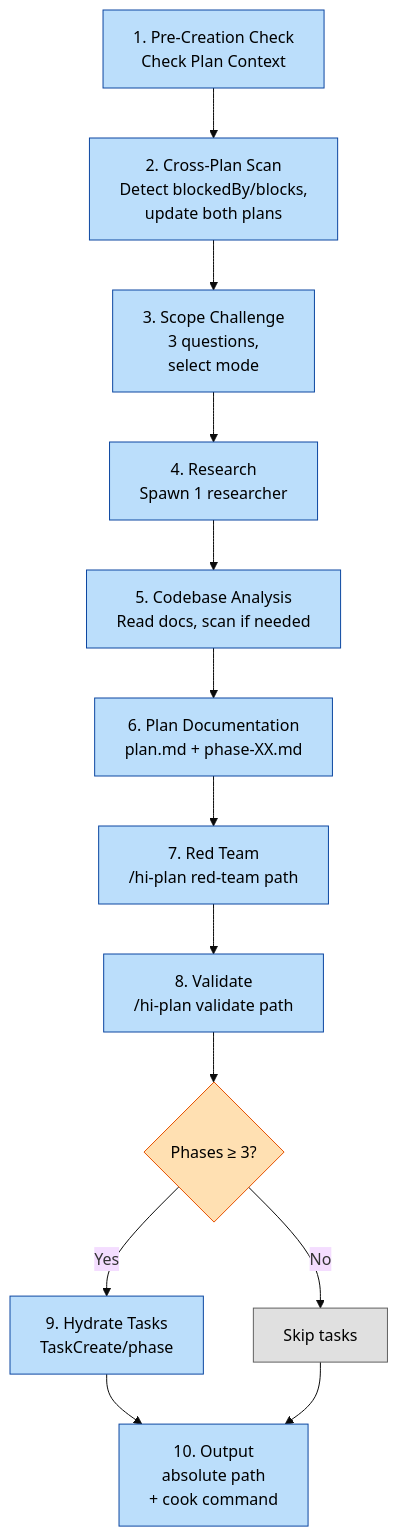
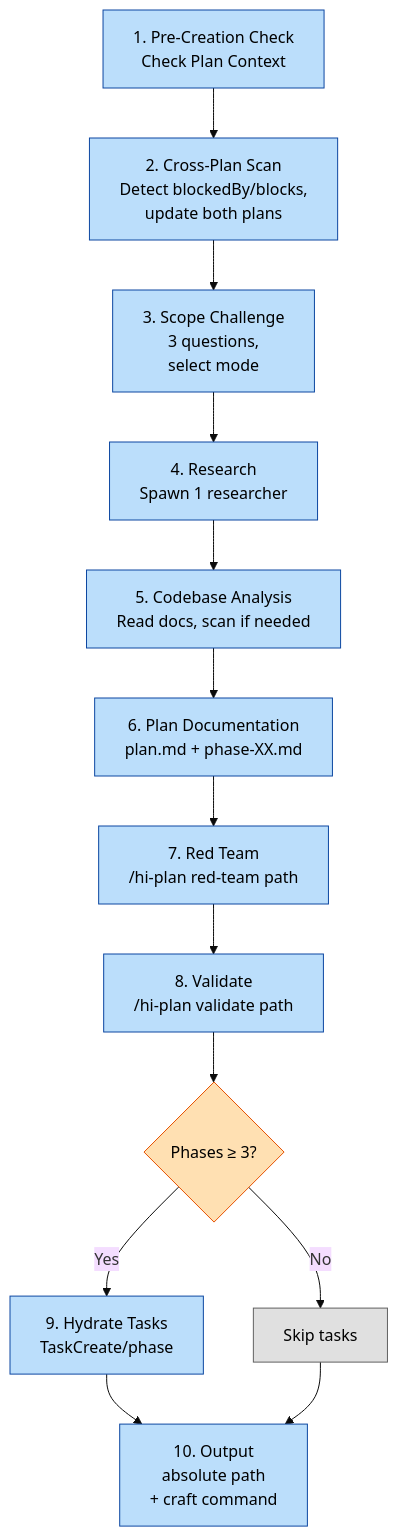
The fifth of 7 diagrams in devkit.md (baka3k/dev-kit), drawn with Mermaid (base theme) before and after one commit. The commit also changed other lines of this file and 8 other files, not shown here.

Commit message:
Rename `hi-cook` to `hi-craft` across documentation and codebase; update related workflows and remove deprecated files.

````diff
--- a/devkit.md
+++ b/devkit.md
@@ -135,23 +135,23 @@
 ```mermaid
 graph TD
     A[1. Pre-Creation Check<br/>Check Plan Context] --> B[2. Cross-Plan Scan<br/>Detect blockedBy/blocks,<br/>update both plans]
     B --> C[3. Scope Challenge<br/>3 questions,<br/>select mode]
     C --> D[4. Research<br/>Spawn 1 researcher]
     D --> E[5. Codebase Analysis<br/>Read docs, scan if needed]
     E --> F[6. Plan Documentation<br/>plan.md + phase-XX.md]
     F --> G[7. Red Team<br/>/hi-plan red-team path]
     G --> H[8. Validate<br/>/hi-plan validate path]
     H --> I{Phases ≥ 3?}
     I -->|Yes| J[9. Hydrate Tasks<br/>TaskCreate/phase]
     I -->|No| K[Skip tasks]
-    J --> L[10. Output<br/>absolute path<br/>+ cook command]
+    J --> L[10. Output<br/>absolute path<br/>+ craft command]
     K --> L
 
     classDef step fill:#bbdefb,stroke:#0d47a1,color:#000
     classDef skip fill:#e0e0e0,stroke:#616161,color:#000
     classDef gate fill:#ffe0b2,stroke:#e65100,color:#000
     class A,B,C,D,E,F,G,H,J,L step
     class K skip
     class I gate
 
 ```
````
